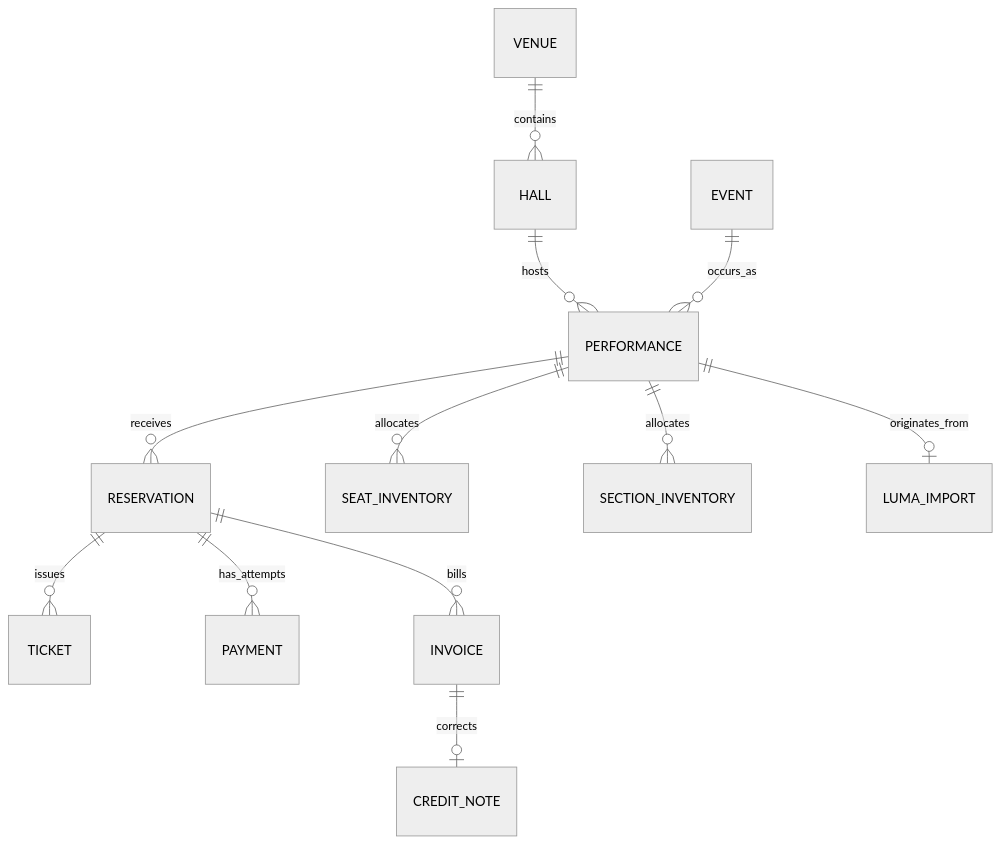
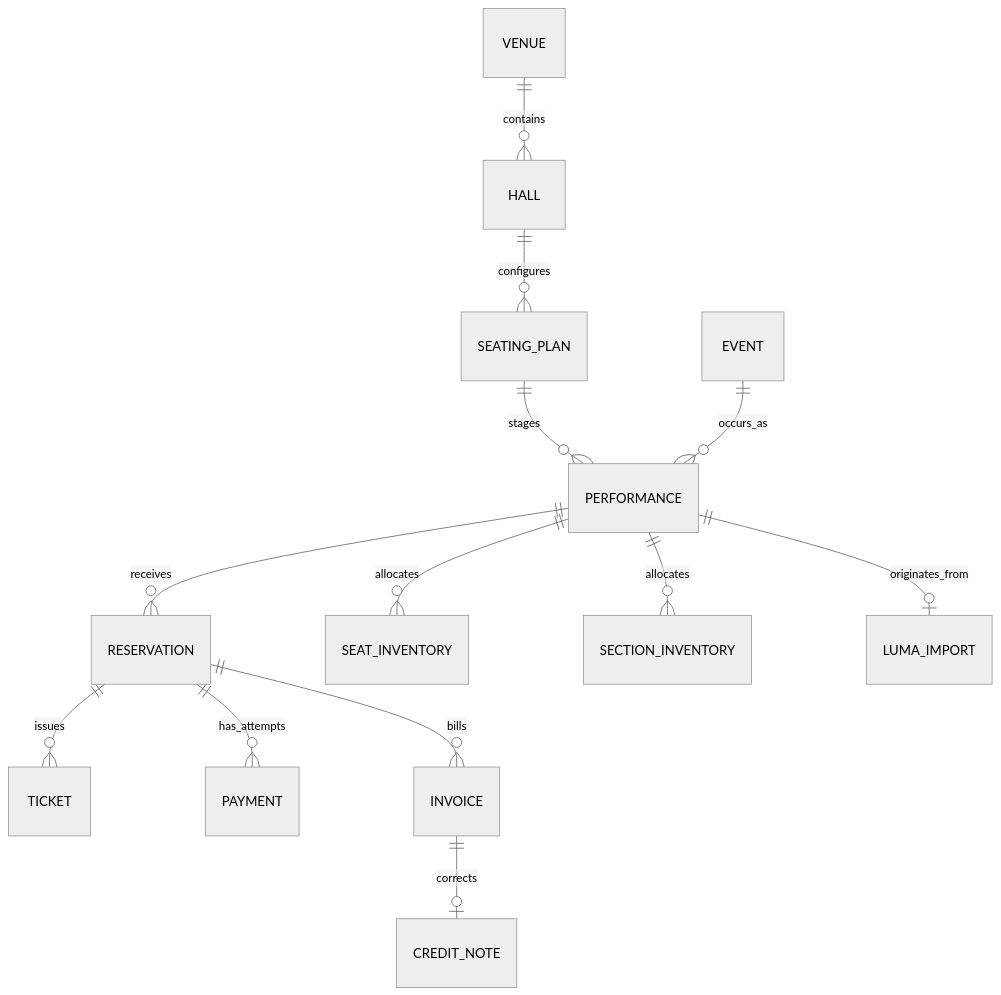
One commit to fluxzero-io/fluxzero-sample-ticketing changed the diagram in docs/model.md. Above: the diagram before and after it, drawn with Mermaid (neutral theme). The commit also changed other lines of this file and 34 other files, not shown here.

First line of the commit message:
feat(catalog): model immutable seating plan revisions

````diff
--- a/docs/model.md
+++ b/docs/model.md
@@ -3,14 +3,15 @@
 ```mermaid
 erDiagram
     VENUE ||--o{ HALL : contains
-    HALL ||--o{ PERFORMANCE : hosts
+    HALL ||--o{ SEATING_PLAN : configures
+    SEATING_PLAN ||--o{ PERFORMANCE : stages
     EVENT ||--o{ PERFORMANCE : occurs_as
     PERFORMANCE ||--o{ RESERVATION : receives
     PERFORMANCE ||--o{ SEAT_INVENTORY : allocates
     PERFORMANCE ||--o{ SECTION_INVENTORY : allocates
     RESERVATION ||--o{ TICKET : issues
     RESERVATION ||--o{ PAYMENT : has_attempts
     RESERVATION ||--o{ INVOICE : bills
     INVOICE ||--o| CREDIT_NOTE : corrects
     PERFORMANCE ||--o| LUMA_IMPORT : originates_from
 ```
````
